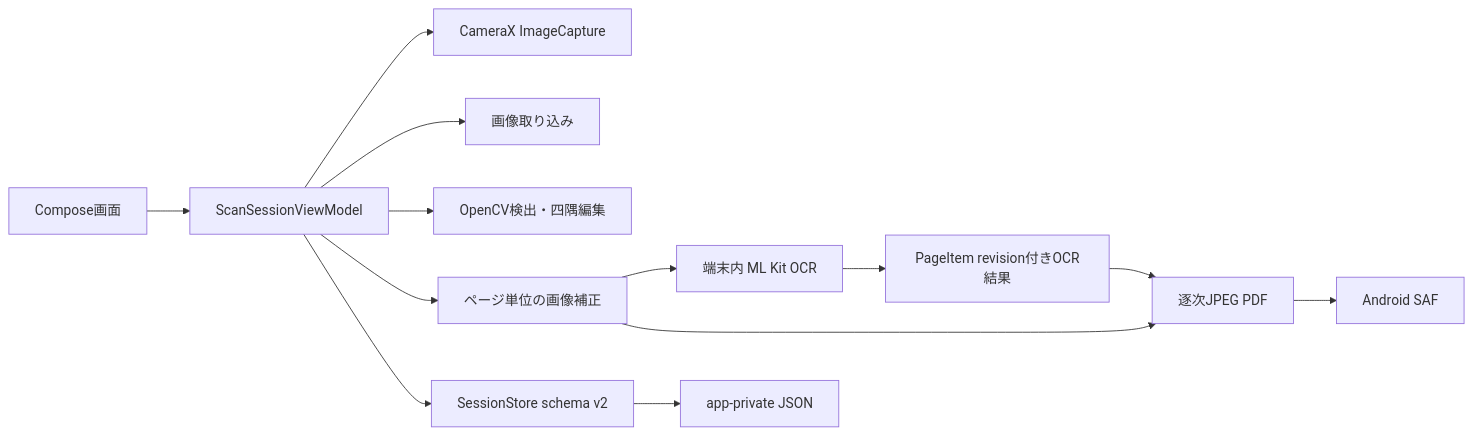
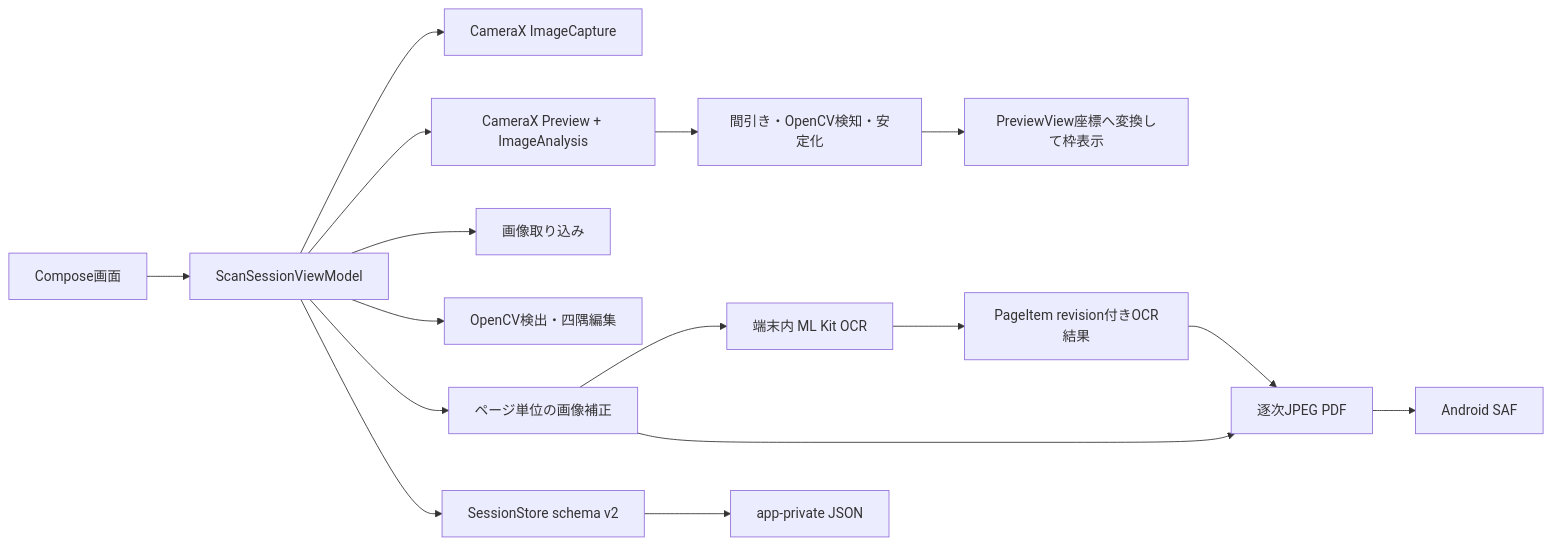
One commit to nyarlathotep2005629-ship-it/PaperScan changed the diagram in docs/vnext/ARCHITECTURE_AND_DECISIONS.md. Above: the diagram before and after it, drawn with Mermaid. The commit also changed other lines of this file and 38 other files, not shown here.

````diff
--- a/docs/vnext/ARCHITECTURE_AND_DECISIONS.md
+++ b/docs/vnext/ARCHITECTURE_AND_DECISIONS.md
@@ -8,15 +8,18 @@
 ```mermaid
 flowchart LR
   UI[Compose画面] --> VM[ScanSessionViewModel]
   VM --> CAM[CameraX ImageCapture]
+  VM --> PREVIEW[CameraX Preview + ImageAnalysis]
+  PREVIEW --> ANALYZER[間引き・OpenCV検知・安定化]
+  ANALYZER --> OVERLAY[PreviewView座標へ変換して枠表示]
   VM --> IMP[画像取り込み]
   VM --> DET[OpenCV検出・四隅編集]
   VM --> PROC[ページ単位の画像補正]
   PROC --> OCR[端末内 ML Kit OCR]
   OCR --> CACHE[PageItem revision付きOCR結果]
   VM --> STORE[SessionStore schema v2]
   STORE --> JSON[app-private JSON]
   PROC --> PDF[逐次JPEG PDF]
   CACHE --> PDF
   PDF --> SAF[Android SAF]
 ```
````
